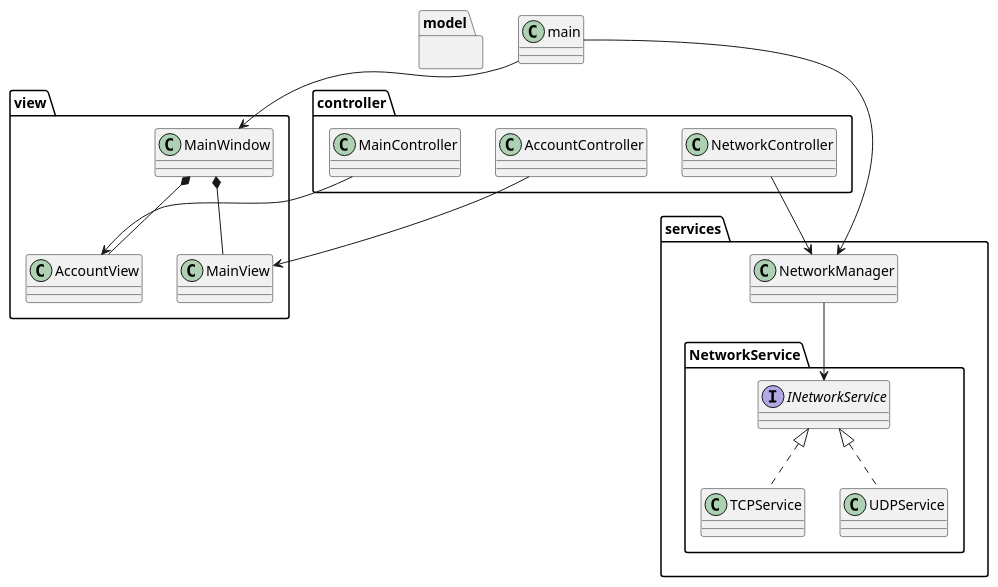
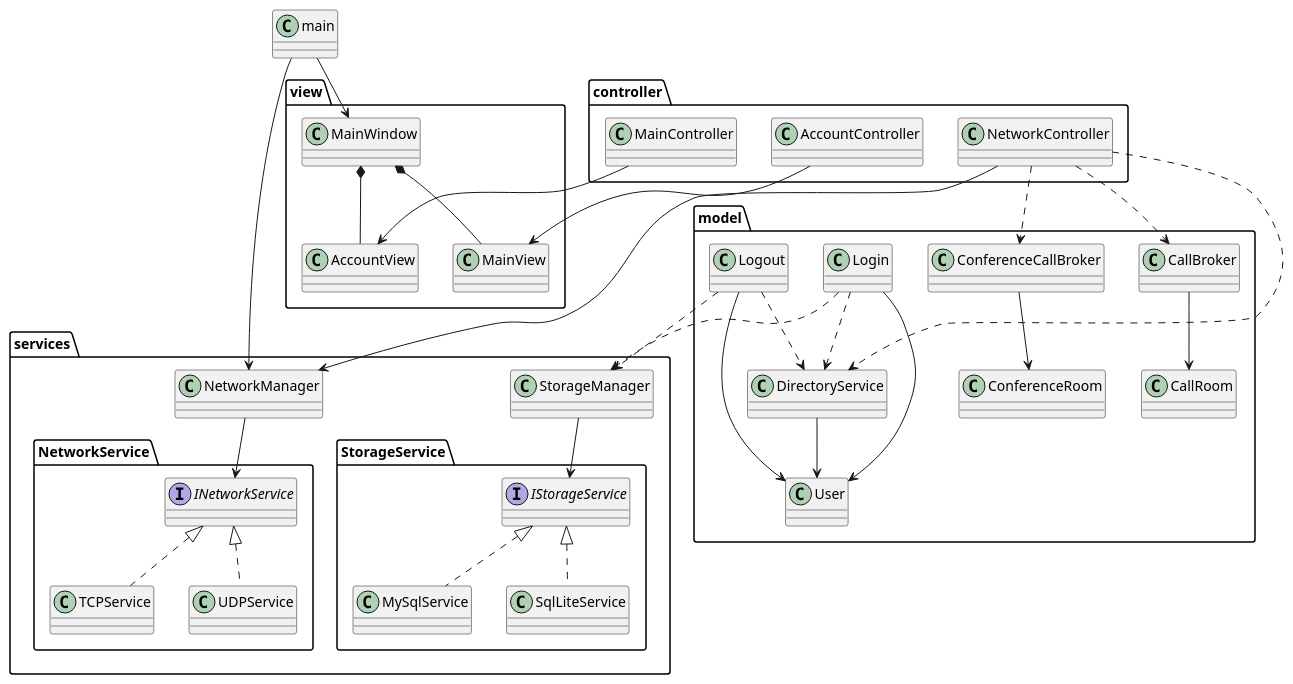
The diagram in plantuml/class_diagram.puml (architecture-4-team/team4-project), drawn with PlantUML before and after one commit. The commit also changed 1 other file, not shown here.

Commit message:
add or update diagrams - class diagram ( update ) - LOGIN -> SESSION changed ( add )

```diff
--- a/plantuml/class_diagram.puml
+++ b/plantuml/class_diagram.puml
@@ -1,44 +1,74 @@
 @startuml
 
 class main
 package "controller" {
     class AccountController
     class MainController
     class NetworkController
 }
 package "view" {
     class MainWindow
     class MainView
     class AccountView
 }
 
 package "services"
 {
     class NetworkManager
     package "NetworkService" {
         interface INetworkService
         class TCPService
         class UDPService
     }
+    class StorageManager
+    package "StorageService" {
+        interface IStorageService
+        class MySqlService
+        class SqlLiteService
+    }
 }
 
 package "model"
 {
-
+    class CallRoom
+    class CallBroker
+    class ConferenceRoom
+    class ConferenceCallBroker
+    class DirectoryService
+    class Login
+    class Logout
+    class User
 }
 
 INetworkService <|.. TCPService
 INetworkService <|.. UDPService
 NetworkManager --> INetworkService
 
+IStorageService <|.. MySqlService
+IStorageService <|.. SqlLiteService
+StorageManager --> IStorageService
+Login ..> StorageManager
+Logout ..> StorageManager
+
 AccountController --> MainView
 MainController --> AccountView
 NetworkController --> NetworkManager
+NetworkController ..> DirectoryService
+NetworkController ..> CallBroker
+NetworkController ..> ConferenceCallBroker
 
 MainWindow *-- MainView
 MainWindow *-- AccountView
 
 main --> MainWindow
 main --> NetworkManager
 
+Login --> User
+Login ..> DirectoryService
+Logout --> User
+Logout ..> DirectoryService
+DirectoryService --> User
+ConferenceCallBroker --> ConferenceRoom
+CallBroker --> CallRoom
+
 @enduml
```
